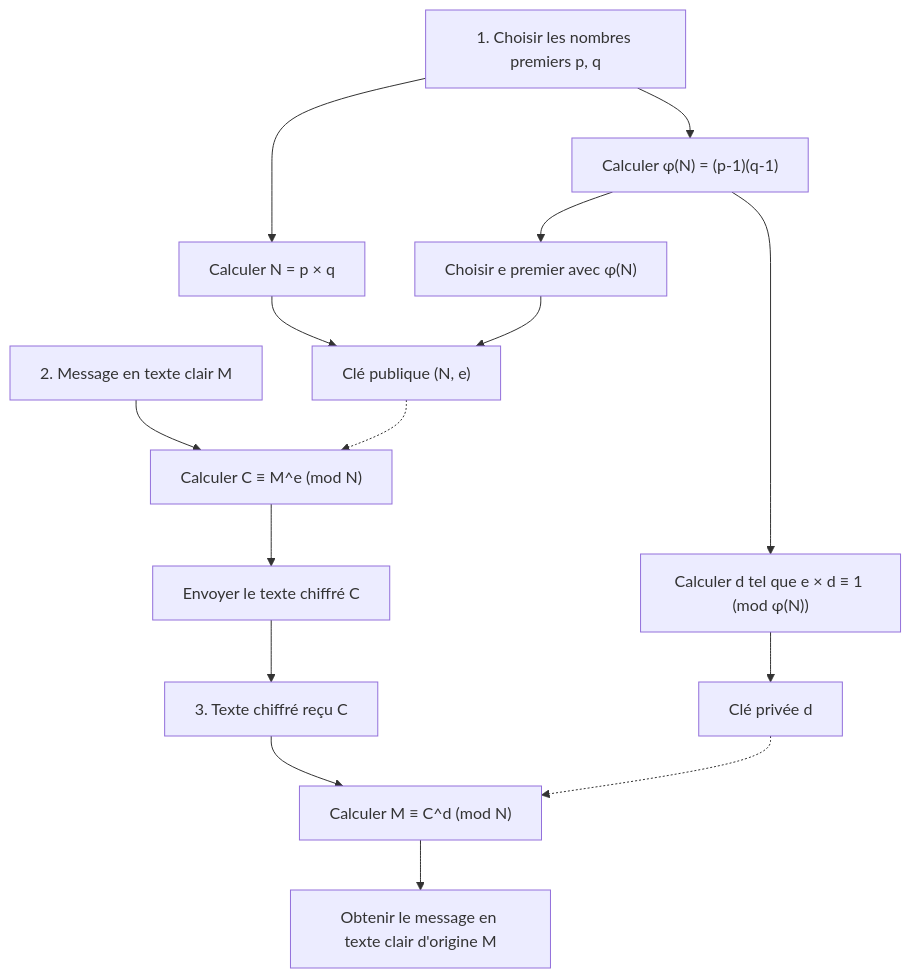
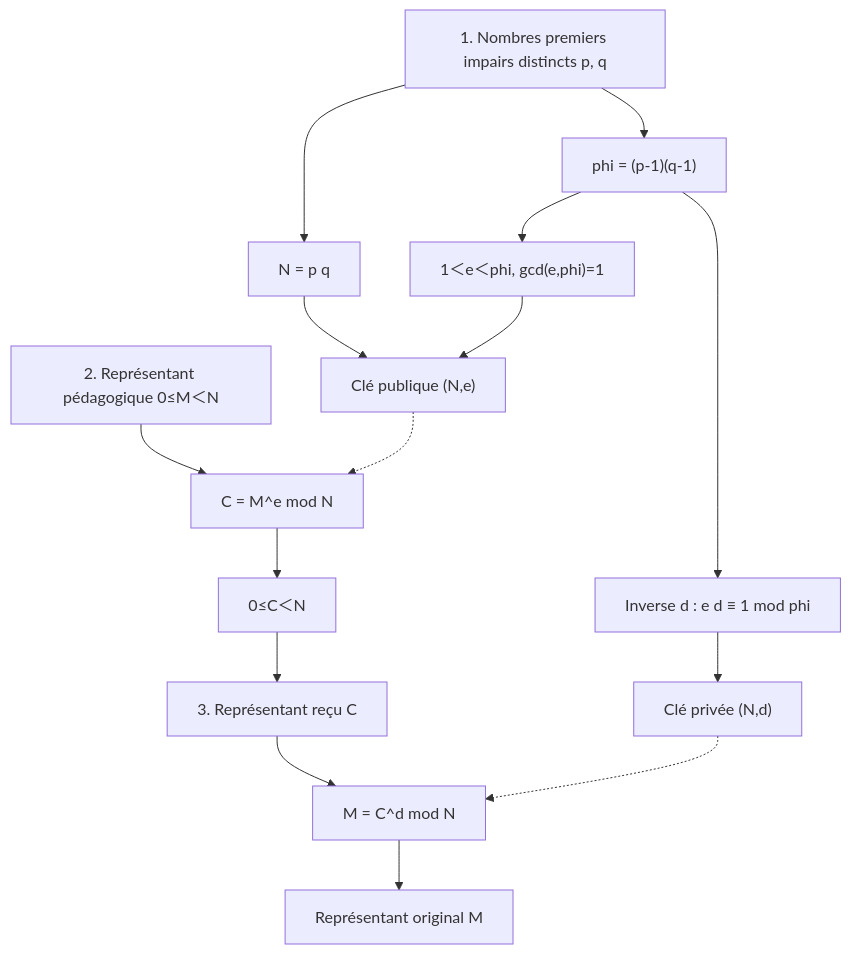
Before and after one commit to kenjinote/blog: the second of 3 diagrams in content/post/rsa暗号の仕組みを高校生でもわかるように説明する/index.fr.md, drawn with Mermaid. The commit also changed other lines of this file and 5 other files, not shown here.

````diff
--- a/content/post/rsa暗号の仕組みを高校生でもわかるように説明する/index.fr.md
+++ b/content/post/rsa暗号の仕組みを高校生でもわかるように説明する/index.fr.md
@@ -164,19 +103,17 @@
 ```mermaid
 flowchart TD
-    A1["1. Choisir les nombres premiers p, q"] --> A2["Calculer N = p × q"]
-    A1 --> A3["Calculer φ(N) = (p-1)(q-1)"]
-    A3 --> A4["Choisir e premier avec φ(N)"]
-    A3 --> A5["Calculer d tel que e × d ≡ 1 (mod φ(N))"]
-    A2 --> A6["Clé publique (N, e)"]
+    A1["1. Nombres premiers impairs distincts p, q"] --> A2["N = p q"]
+    A1 --> A3["phi = (p-1)(q-1)"]
+    A3 --> A4["1＜e＜phi, gcd(e,phi)=1"]
+    A3 --> A5["Inverse d : e d ≡ 1 mod phi"]
+    A2 --> A6["Clé publique (N,e)"]
     A4 --> A6
-    A5 --> A7["Clé privée d"]
-    
-    B1["2. Message en texte clair M"] --> B2["Calculer C ≡ M^e (mod N)"]
+    A5 --> A7["Clé privée (N,d)"]
+    B1["2. Représentant pédagogique 0≤M＜N"] --> B2["C = M^e mod N"]
     A6 -.-> B2
-    B2 --> B3["Envoyer le texte chiffré C"]
-    
-    B3 --> C1["3. Texte chiffré reçu C"]
-    C1 --> C2["Calculer M ≡ C^d (mod N)"]
+    B2 --> B3["0≤C＜N"]
+    B3 --> C1["3. Représentant reçu C"]
+    C1 --> C2["M = C^d mod N"]
     A7 -.-> C2
-    C2 --> C3["Obtenir le message en texte clair d'origine M"]
+    C2 --> C3["Représentant original M"]
 ```
````
